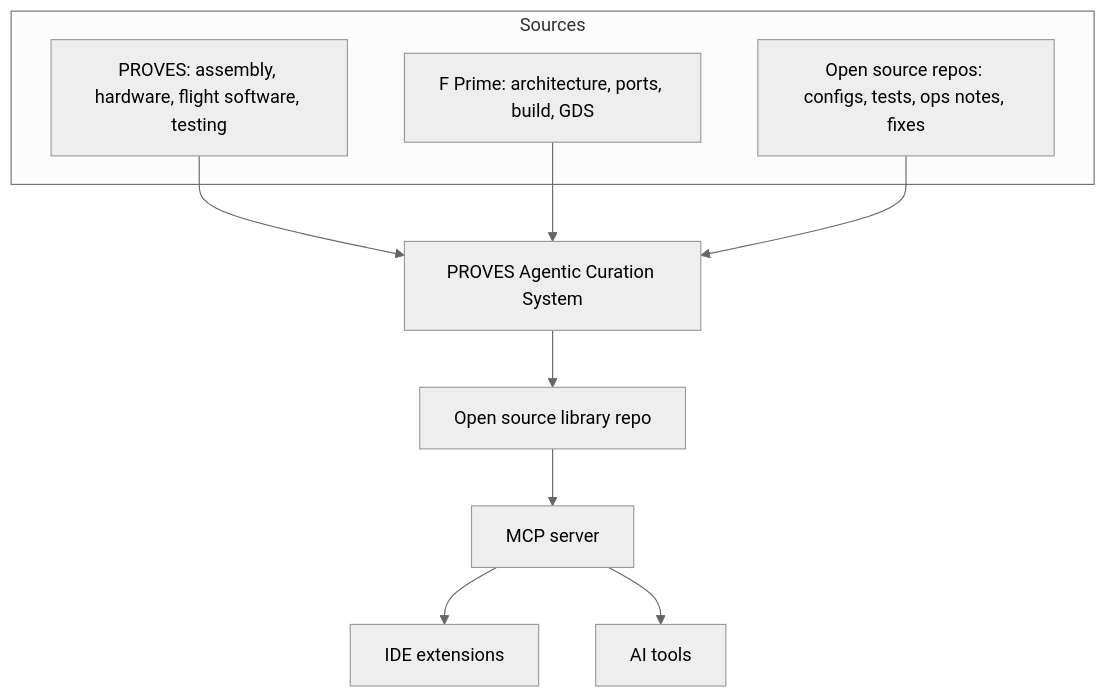
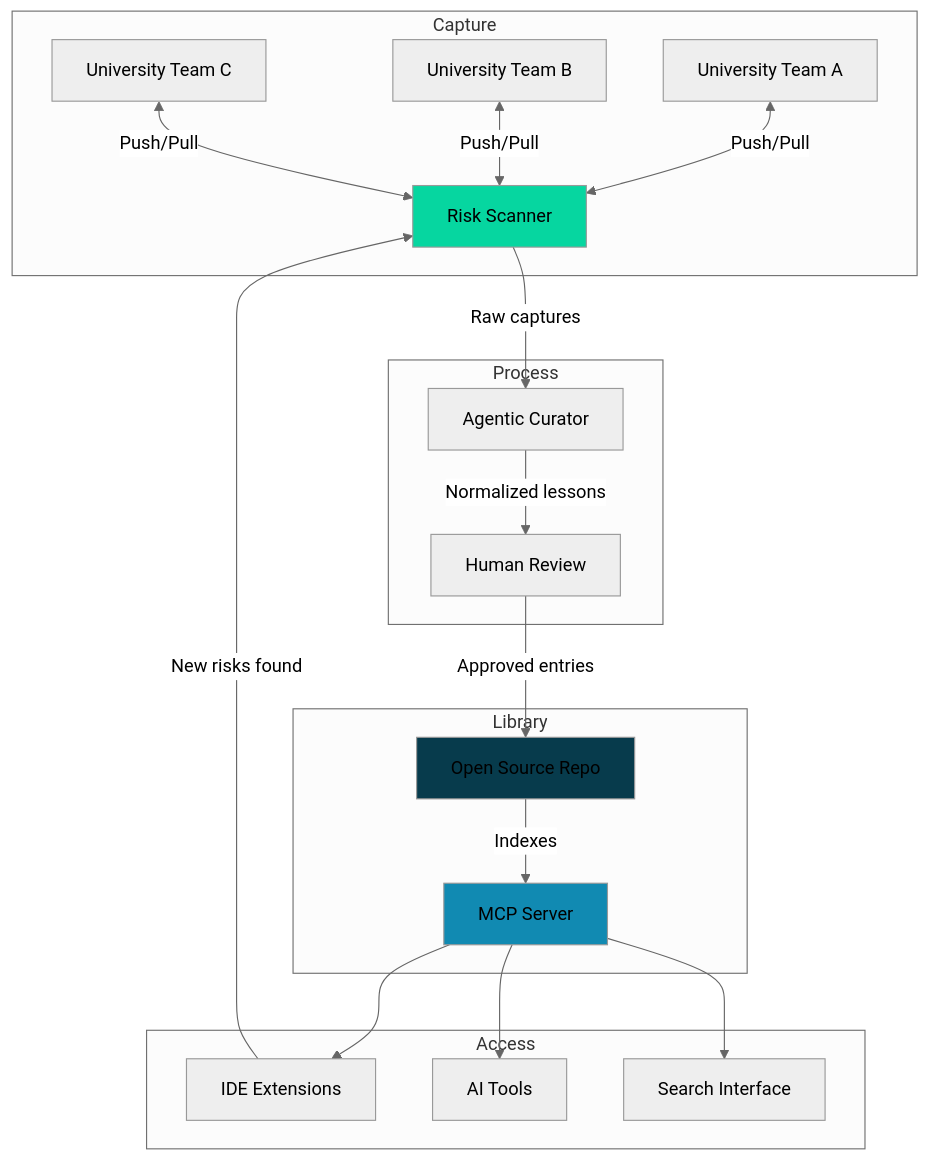
Before and after one commit to Lizo-RoadTown/proveskit-agent: the fourth of 4 diagrams in index.md, drawn with Mermaid (neutral theme). The commit also changed other lines of this file, not shown here.

First line of the commit message:
Rewrite homepage with clear narrative and visual diagrams

````diff
--- a/index.md
+++ b/index.md
@@ -45,15 +157,45 @@
 ```mermaid
 graph TB
-  subgraph Sources
-    ProvesDocs[PROVES: assembly, hardware, flight software, testing]
-    FPrimeDocs[F Prime: architecture, ports, build, GDS]
-    OSSRepos[Open source repos: configs, tests, ops notes, fixes]
-  end
-  ProvesDocs --> Curator[PROVES Agentic Curation System]
-  FPrimeDocs --> Curator
-  OSSRepos --> Curator
-  Curator --> Library[Open source library repo]
-  Library --> MCP[MCP server]
-  MCP --> IDE[IDE extensions]
-  MCP --> AI[AI tools]
+    subgraph Capture
+        Team1[University Team A]
+        Team2[University Team B]
+        Team3[University Team C]
+        Scanner[Risk Scanner]
+    end
+
+    subgraph Process
+        Curator[Agentic Curator]
+        Review[Human Review]
+    end
+
+    subgraph Library
+        Repo[Open Source Repo]
+        MCP[MCP Server]
+    end
+
+    subgraph Access
+        IDE[IDE Extensions]
+        AI[AI Tools]
+        Search[Search Interface]
+    end
+
+    Team1 <-->|Push/Pull| Scanner
+    Team2 <-->|Push/Pull| Scanner
+    Team3 <-->|Push/Pull| Scanner
+
+    Scanner -->|Raw captures| Curator
+    Curator -->|Normalized lessons| Review
+    Review -->|Approved entries| Repo
+
+    Repo -->|Indexes| MCP
+
+    MCP --> IDE
+    MCP --> AI
+    MCP --> Search
+
+    IDE -->|New risks found| Scanner
+
+    style Scanner fill:#06d6a0
+    style MCP fill:#118ab2
+    style Repo fill:#073b4c
 ```
````
